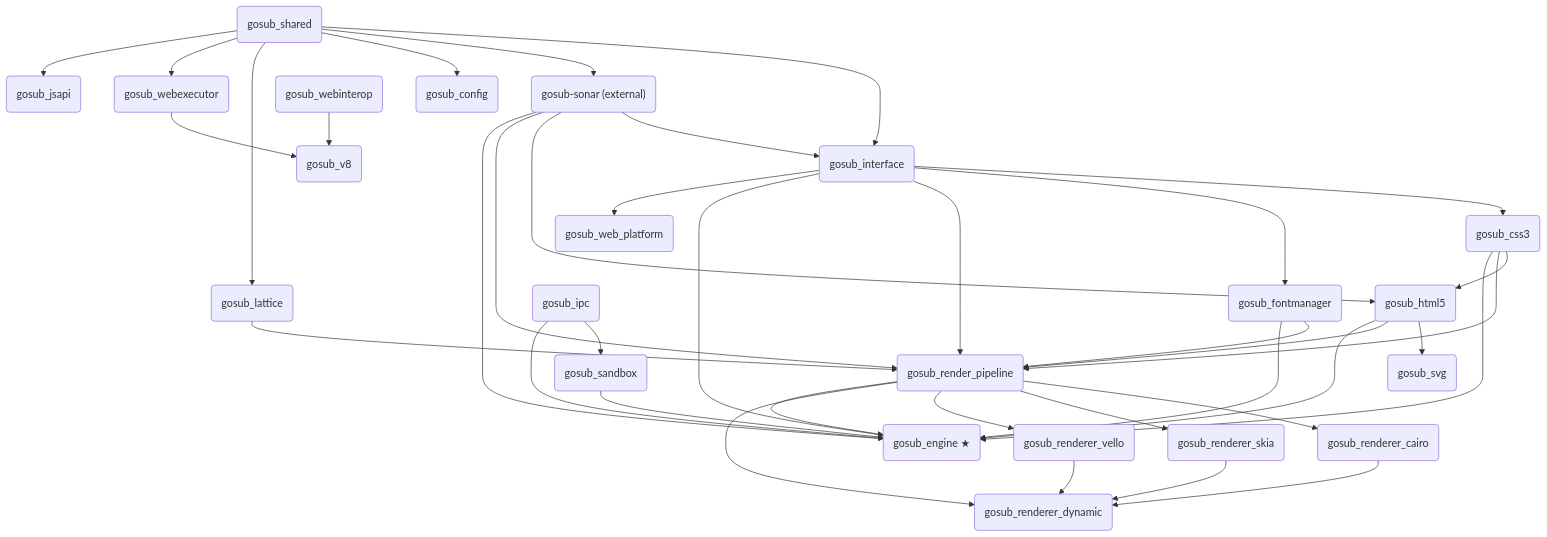
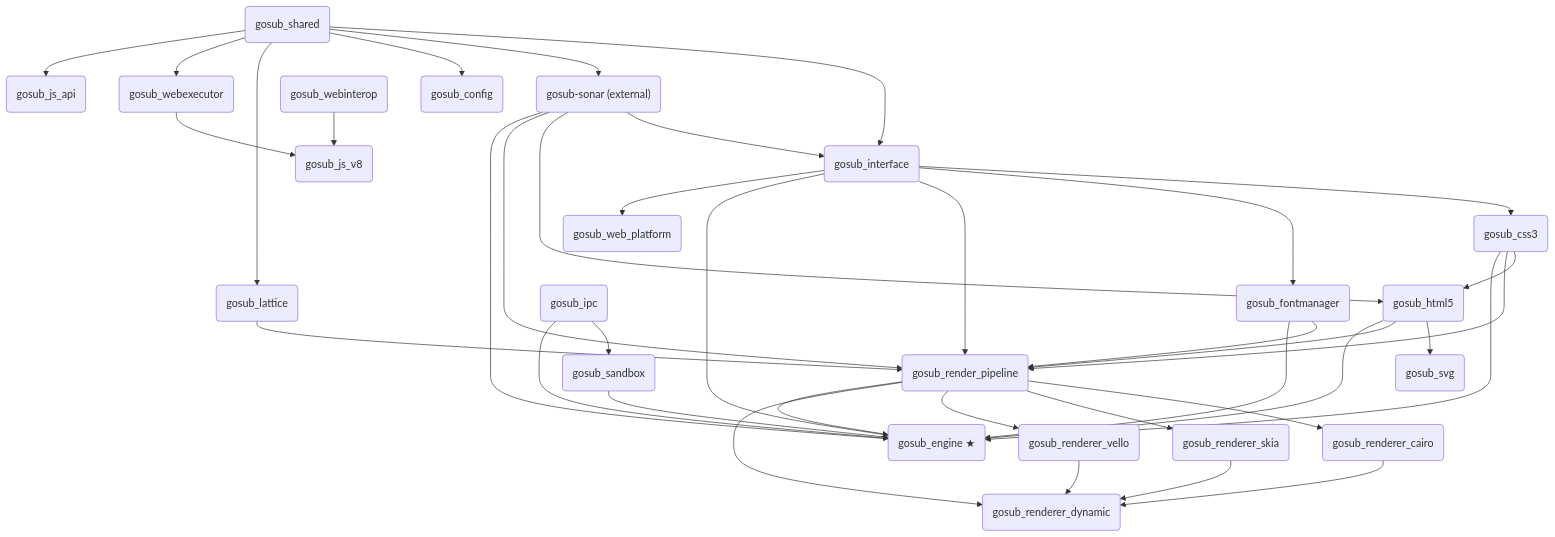
The diagram in docs/crates.md (gosub-io/gosub-engine), drawn with Mermaid before and after one commit. The commit also changed other lines of this file and 62 other files, not shown here.

````diff
--- a/docs/crates.md
+++ b/docs/crates.md
@@ -151,67 +151,67 @@
 ``` mermaid
 flowchart TD
     shared("gosub_shared")
     interface("gosub_interface")
     config("gosub_config")
     net("gosub-sonar (external)")
     css3("gosub_css3")
     html5("gosub_html5")
     svg("gosub_svg")
     lattice("gosub_lattice")
     fontmgr("gosub_fontmanager")
     pipeline("gosub_render_pipeline")
     cairo("gosub_renderer_cairo")
     skia("gosub_renderer_skia")
     vello("gosub_renderer_vello")
     dynamic("gosub_renderer_dynamic")
     engine("gosub_engine ★")
-    v8("gosub_v8")
+    v8("gosub_js_v8")
     webexec("gosub_webexecutor")
     webinterop("gosub_webinterop")
-    jsapi("gosub_jsapi")
+    jsapi("gosub_js_api")
     webplatform("gosub_web_platform")
     ipc("gosub_ipc")
     sandbox("gosub_sandbox")
 
     shared --> interface
     net --> interface
     shared --> net
     shared --> config
     interface --> css3
     css3 --> html5
     net --> html5
     html5 --> svg
     shared --> lattice
     interface --> fontmgr
 
     interface --> pipeline
     fontmgr --> pipeline
     lattice --> pipeline
     html5 --> pipeline
     css3 --> pipeline
     net --> pipeline
 
     pipeline --> cairo
     pipeline --> skia
     pipeline --> vello
     pipeline --> dynamic
     cairo --> dynamic
     skia --> dynamic
     vello --> dynamic
 
     html5 --> engine
     css3 --> engine
     net --> engine
     interface --> engine
     fontmgr --> engine
     pipeline --> engine
     ipc --> sandbox
     ipc --> engine
     sandbox --> engine
 
     shared --> webexec
     webexec --> v8
     webinterop --> v8
     shared --> jsapi
     interface --> webplatform
 ```
````
